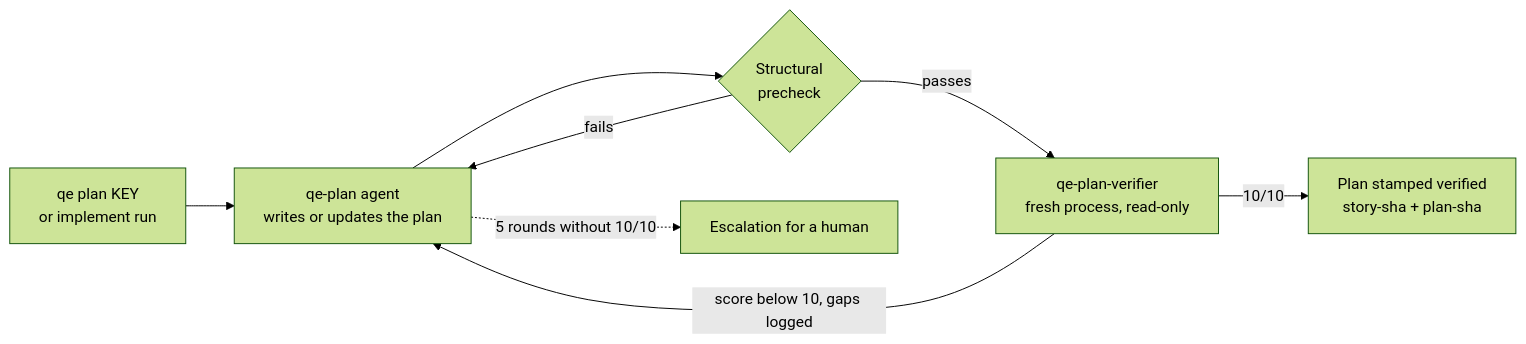
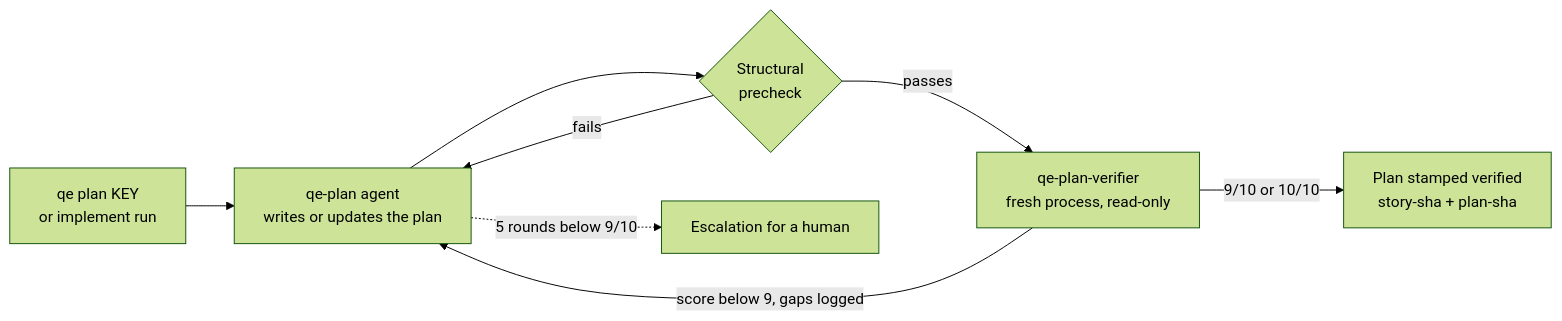
The first of 2 diagrams in docs/ai-pipeline/qe.md (armandodollia-slalom/AI-Immersion-eShop), drawn with Mermaid (forest theme) before and after one commit. The commit also changed other lines of this file and 3 other files, not shown here.

````diff
--- a/docs/ai-pipeline/qe.md
+++ b/docs/ai-pipeline/qe.md
@@ -9,10 +9,10 @@
 ```mermaid
 flowchart LR
   S[qe plan KEY<br/>or implement run] --> P[qe-plan agent<br/>writes or updates the plan]
   P --> C{Structural<br/>precheck}
   C -->|fails| P
   C -->|passes| V[qe-plan-verifier<br/>fresh process, read-only]
-  V -->|score below 10, gaps logged| P
-  V -->|10/10| OK[Plan stamped verified<br/>story-sha + plan-sha]
-  P -.->|5 rounds without 10/10| E[Escalation for a human]
+  V -->|score below 9, gaps logged| P
+  V -->|9/10 or 10/10| OK[Plan stamped verified<br/>story-sha + plan-sha]
+  P -.->|5 rounds below 9/10| E[Escalation for a human]
 ```
````
